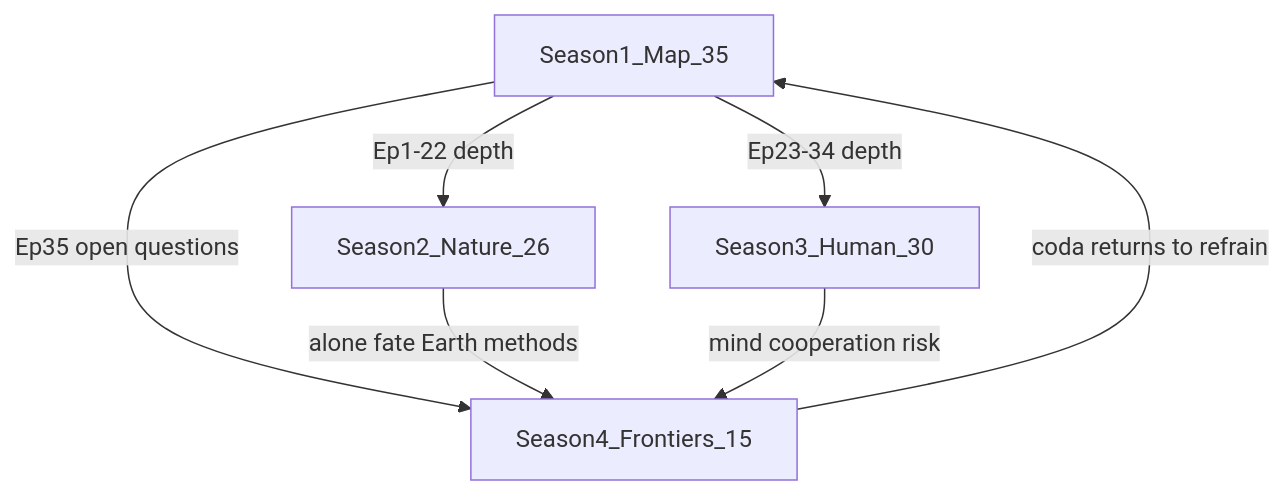
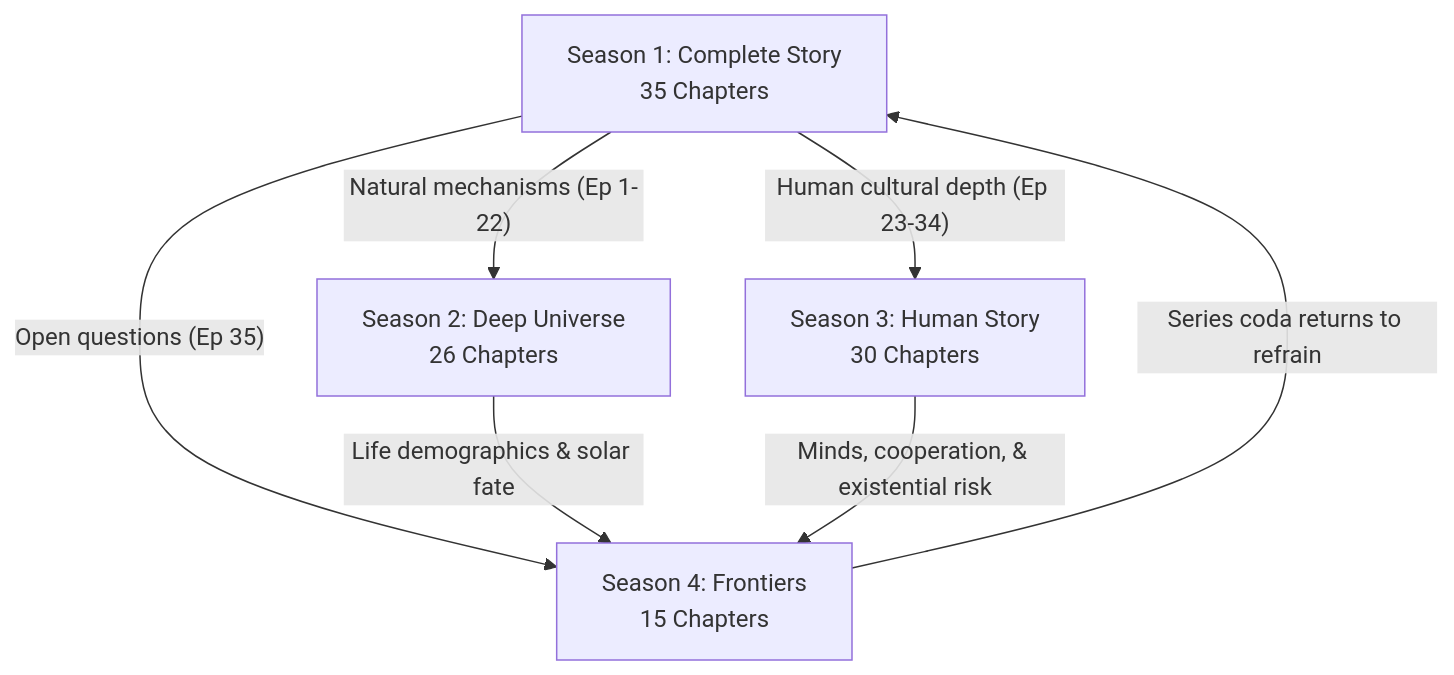
One commit to Abhinav-Knowledge-Base/The-Scientific-Story-of-Everything changed the diagram in continuity.md. Above: the diagram before and after it, drawn with Mermaid. The commit also changed other lines of this file and 111 other files, not shown here.

````diff
--- a/continuity.md
+++ b/continuity.md
@@ -21,13 +22,15 @@
 ```mermaid
 flowchart TB
-  S1[Season1_Map_35]
-  S2[Season2_Nature_26]
-  S3[Season3_Human_30]
-  S4[Season4_Frontiers_15]
-  S1 -->|"Ep1-22 depth"| S2
-  S1 -->|"Ep23-34 depth"| S3
-  S1 -->|"Ep35 open questions"| S4
-  S2 -->|"alone fate Earth methods"| S4
-  S3 -->|"mind cooperation risk"| S4
-  S4 -->|"coda returns to refrain"| S1
+  S1[Season 1: Complete Story<br>35 Chapters]
+  S2[Season 2: Deep Universe<br>26 Chapters]
+  S3[Season 3: Human Story<br>30 Chapters]
+  S4[Season 4: Frontiers<br>15 Chapters]
+  
+  S1 -->|"Natural mechanisms (Ep 1-22)"| S2
+  S1 -->|"Human cultural depth (Ep 23-34)"| S3
+  S1 -->|"Open questions (Ep 35)"| S4
+  
+  S2 -->|"Life demographics & solar fate"| S4
+  S3 -->|"Minds, cooperation, & existential risk"| S4
+  S4 -->|"Series coda returns to refrain"| S1
 ```
````
